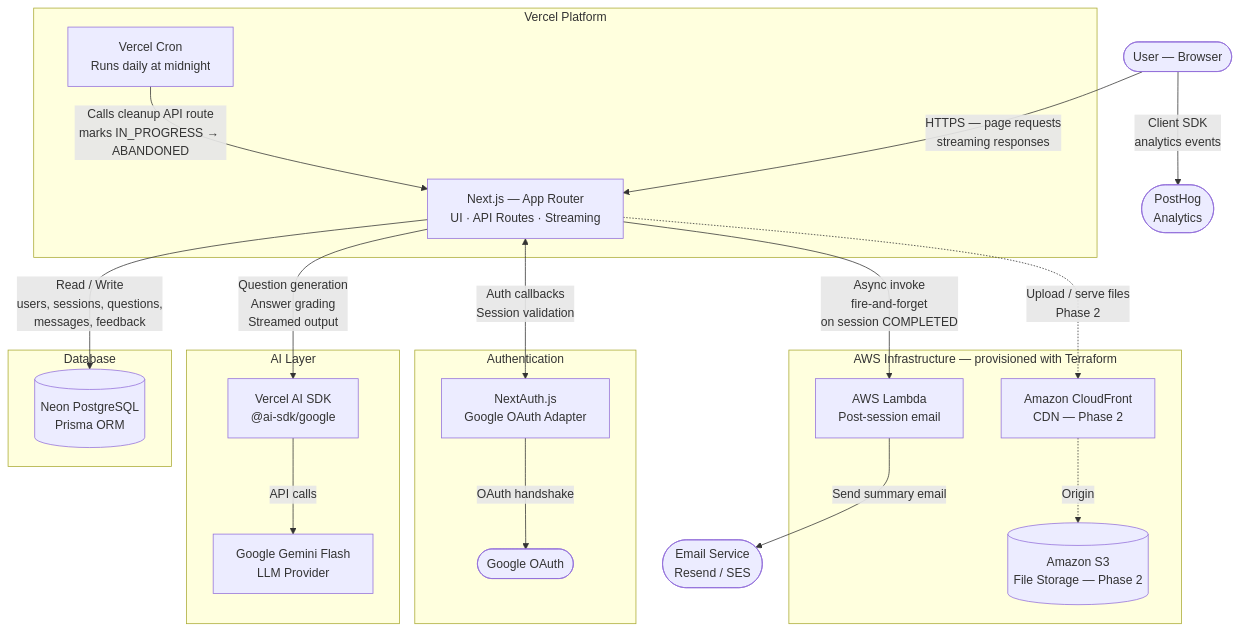
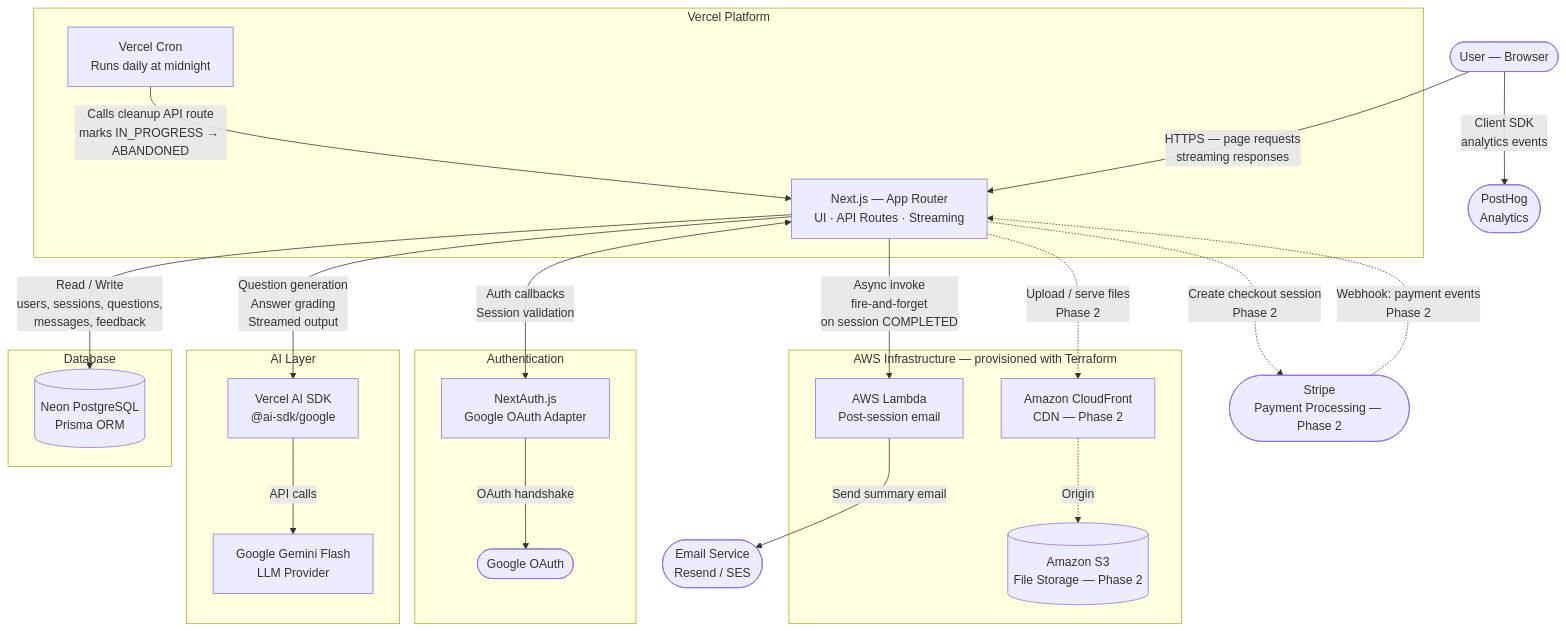
The diagram in docs/architecture/system-architecture.md (Taninwat-55/mockmate), drawn with Mermaid before and after one commit. The commit also changed other lines of this file and 2 other files, not shown here.

First line of the commit message:
docs: monetization model, Stripe integration spec, and architecture update

````diff
--- a/docs/architecture/system-architecture.md
+++ b/docs/architecture/system-architecture.md
@@ -13,45 +13,48 @@
 ```mermaid
 flowchart TD
     Browser(["User — Browser"])
 
     subgraph VercelPlatform["Vercel Platform"]
         NextApp["Next.js — App Router\nUI · API Routes · Streaming"]
         VercelCron["Vercel Cron\nRuns daily at midnight"]
     end
 
     subgraph DatabaseLayer["Database"]
         NeonDB[("Neon PostgreSQL\nPrisma ORM")]
     end
 
     subgraph AILayer["AI Layer"]
         VAISDK["Vercel AI SDK\n@ai-sdk/google"]
         Gemini["Google Gemini Flash\nLLM Provider"]
     end
 
     subgraph AuthLayer["Authentication"]
         NextAuth["NextAuth.js\nGoogle OAuth Adapter"]
         GoogleOAuth(["Google OAuth"])
     end
 
     subgraph AWSInfra["AWS Infrastructure — provisioned with Terraform"]
         Lambda["AWS Lambda\nPost-session email"]
         S3[("Amazon S3\nFile Storage — Phase 2")]
         CloudFront["Amazon CloudFront\nCDN — Phase 2"]
     end
 
     PostHog(["PostHog\nAnalytics"])
     EmailSvc(["Email Service\nResend / SES"])
+    Stripe(["Stripe\nPayment Processing — Phase 2"])
 
     Browser -->|"HTTPS — page requests\nstreaming responses"| NextApp
     Browser -->|"Client SDK\nanalytics events"| PostHog
     NextApp -->|"Read / Write\nusers, sessions, questions,\nmessages, feedback"| NeonDB
     NextApp -->|"Question generation\nAnswer grading\nStreamed output"| VAISDK
     VAISDK -->|"API calls"| Gemini
     NextApp <-->|"Auth callbacks\nSession validation"| NextAuth
     NextAuth -->|"OAuth handshake"| GoogleOAuth
     VercelCron -->|"Calls cleanup API route\nmarks IN_PROGRESS → ABANDONED"| NextApp
     NextApp -->|"Async invoke\nfire-and-forget\non session COMPLETED"| Lambda
     Lambda -->|"Send summary email"| EmailSvc
     NextApp -.->|"Upload / serve files\nPhase 2"| CloudFront
     CloudFront -.->|"Origin"| S3
+    NextApp -.->|"Create checkout session\nPhase 2"| Stripe
+    Stripe -.->|"Webhook: payment events\nPhase 2"| NextApp
 ```
````
